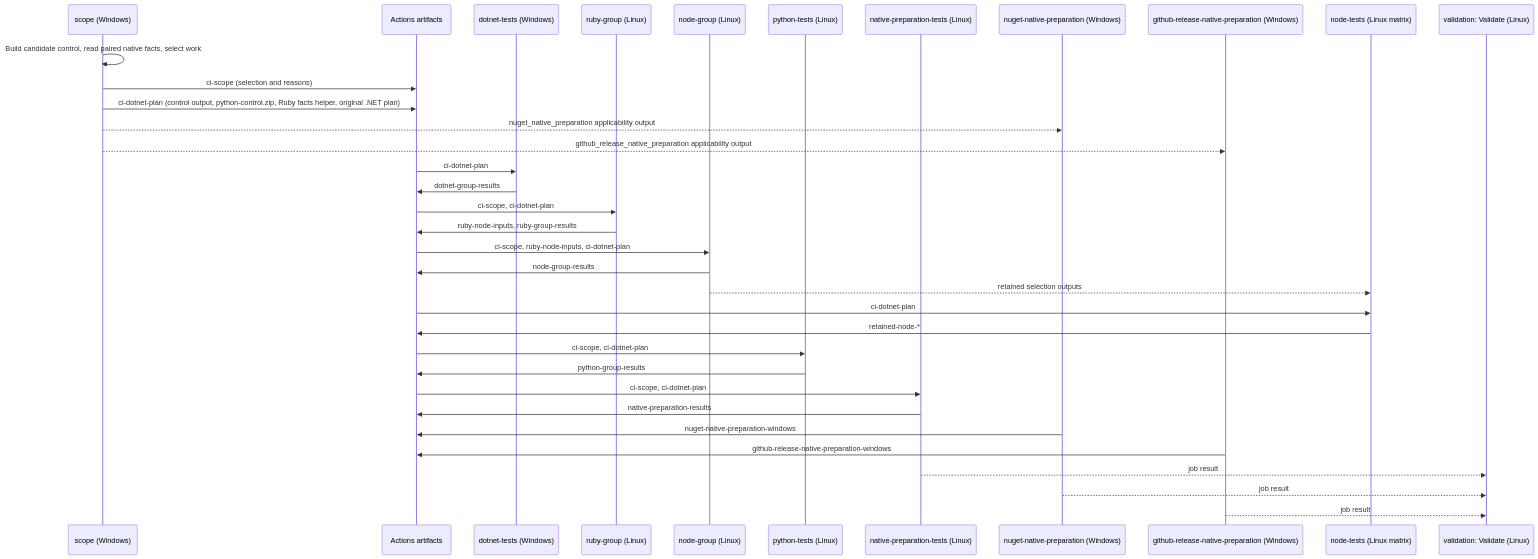
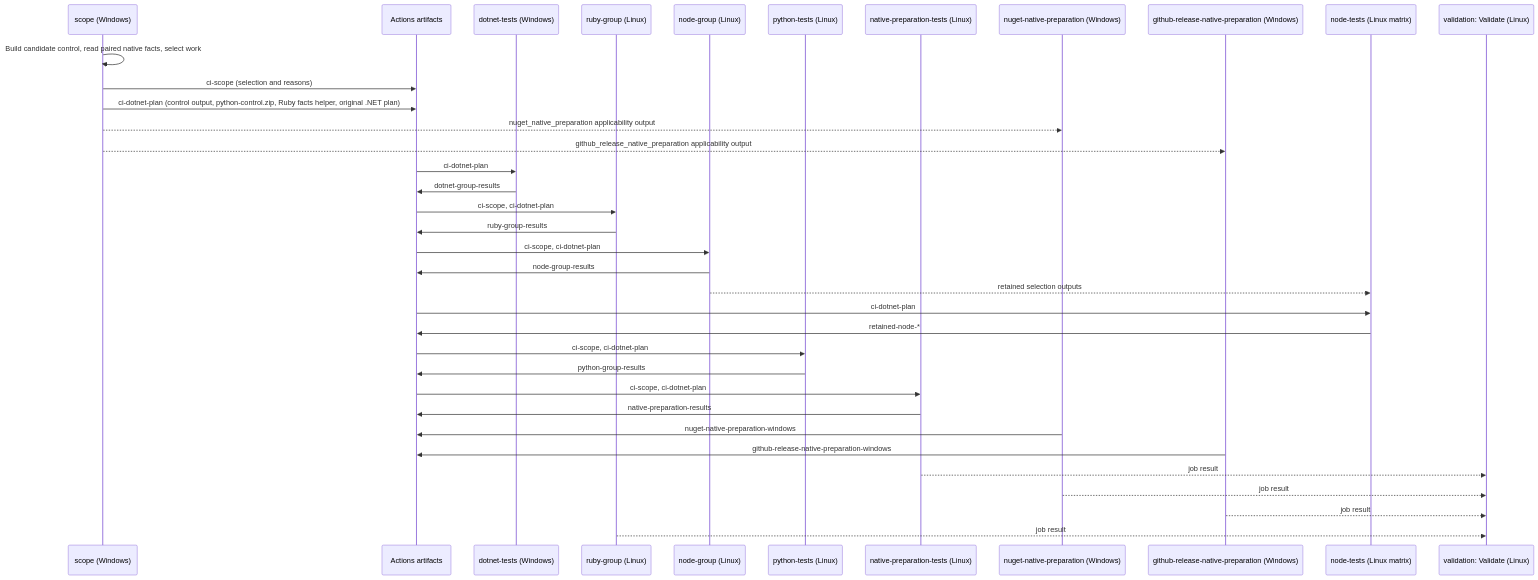
Before and after one commit to hcoona/three: the diagram in src/private/app/workflow-delivery/docs/middle-level-design.md, drawn with Mermaid. The commit also changed other lines of this file and 14 other files, not shown here.

First line of the commit message:
refactor(workflow-delivery): Remove the Ruby to Node Fact Transfer

````diff
--- a/src/private/app/workflow-delivery/docs/middle-level-design.md
+++ b/src/private/app/workflow-delivery/docs/middle-level-design.md
@@ -471,37 +472,38 @@
 ```mermaid
 sequenceDiagram
     participant Scope as scope (Windows)
     participant Store as Actions artifacts
     participant DotNet as dotnet-tests (Windows)
     participant Ruby as ruby-group (Linux)
     participant Node as node-group (Linux)
     participant Python as python-tests (Linux)
     participant Prep as native-preparation-tests (Linux)
     participant NuGet as nuget-native-preparation (Windows)
     participant Github as github-release-native-preparation (Windows)
     participant NodeTests as node-tests (Linux matrix)
     participant Validate as validation: Validate (Linux)
     Scope->>Scope: Build candidate control, read paired native facts, select work
     Scope->>Store: ci-scope (selection and reasons)
     Scope->>Store: ci-dotnet-plan (control output, python-control.zip, Ruby facts helper, original .NET plan)
     Scope-->>NuGet: nuget_native_preparation applicability output
     Scope-->>Github: github_release_native_preparation applicability output
     Store->>DotNet: ci-dotnet-plan
     DotNet->>Store: dotnet-group-results
     Store->>Ruby: ci-scope, ci-dotnet-plan
-    Ruby->>Store: ruby-node-inputs, ruby-group-results
-    Store->>Node: ci-scope, ruby-node-inputs, ci-dotnet-plan
+    Ruby->>Store: ruby-group-results
+    Store->>Node: ci-scope, ci-dotnet-plan
     Node->>Store: node-group-results
     Node-->>NodeTests: retained selection outputs
     Store->>NodeTests: ci-dotnet-plan
     NodeTests->>Store: retained-node-*
     Store->>Python: ci-scope, ci-dotnet-plan
     Python->>Store: python-group-results
     Store->>Prep: ci-scope, ci-dotnet-plan
     Prep->>Store: native-preparation-results
     NuGet->>Store: nuget-native-preparation-windows
     Github->>Store: github-release-native-preparation-windows
     Prep-->>Validate: job result
     NuGet-->>Validate: job result
     Github-->>Validate: job result
+    Ruby-->>Validate: job result
 ```
````
